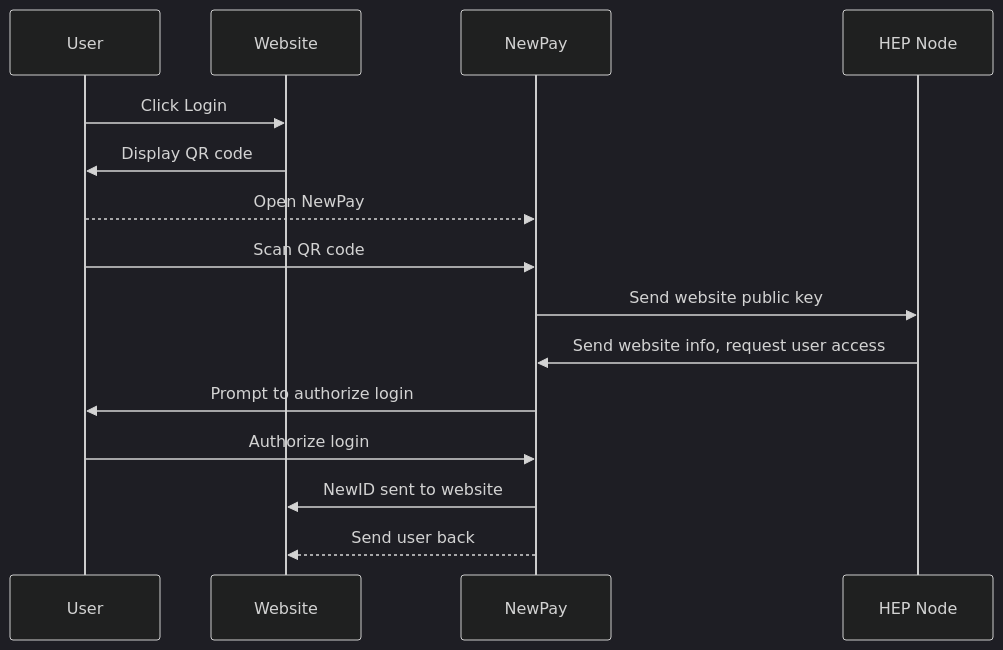
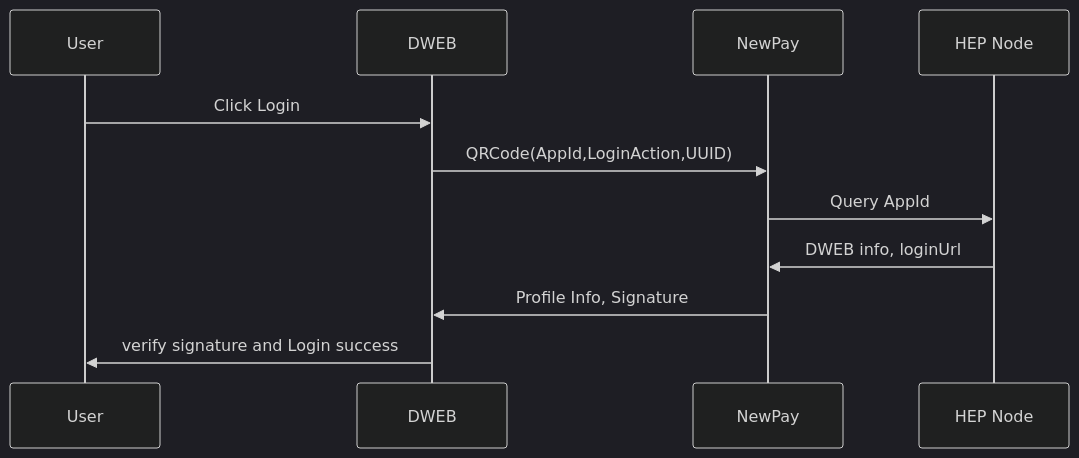
Before and after one commit to newtonproject/HEP-specification: the first of 3 diagrams in DWEB.md, drawn with Mermaid (dark theme). The commit also changed other lines of this file and 1 other file, not shown here.

````diff
--- a/DWEB.md
+++ b/DWEB.md
@@ -12,18 +12,13 @@
 ```mermaid
 sequenceDiagram;
     participant User;
-    participant Website;
+    participant DWEB;
 	participant NewPay;
 	participant HEP Node;
- 
-    User->>Website: Click Login;
-	Website->>User: Display QR code;
-	User-->>NewPay: Open NewPay;
-	User->>NewPay: Scan QR code;
-	NewPay->>HEP Node: Send website public key;
-	HEP Node->>NewPay: Send website info, request user access;
-	NewPay->> User: Prompt to authorize login;
-	User->>NewPay: Authorize login;
-	NewPay->>Website: NewID sent to website;
-	NewPay-->>Website: Send user back;
+    User->>DWEB: Click Login;
+    DWEB->>NewPay: QRCode(AppId,LoginAction,UUID)
+    NewPay->>HEP Node:Query AppId
+    HEP Node->> NewPay: DWEB info, loginUrl;
+    NewPay->>DWEB:Profile Info, Signature;
+    DWEB->>User:verify signature and Login success;
 ```
````
